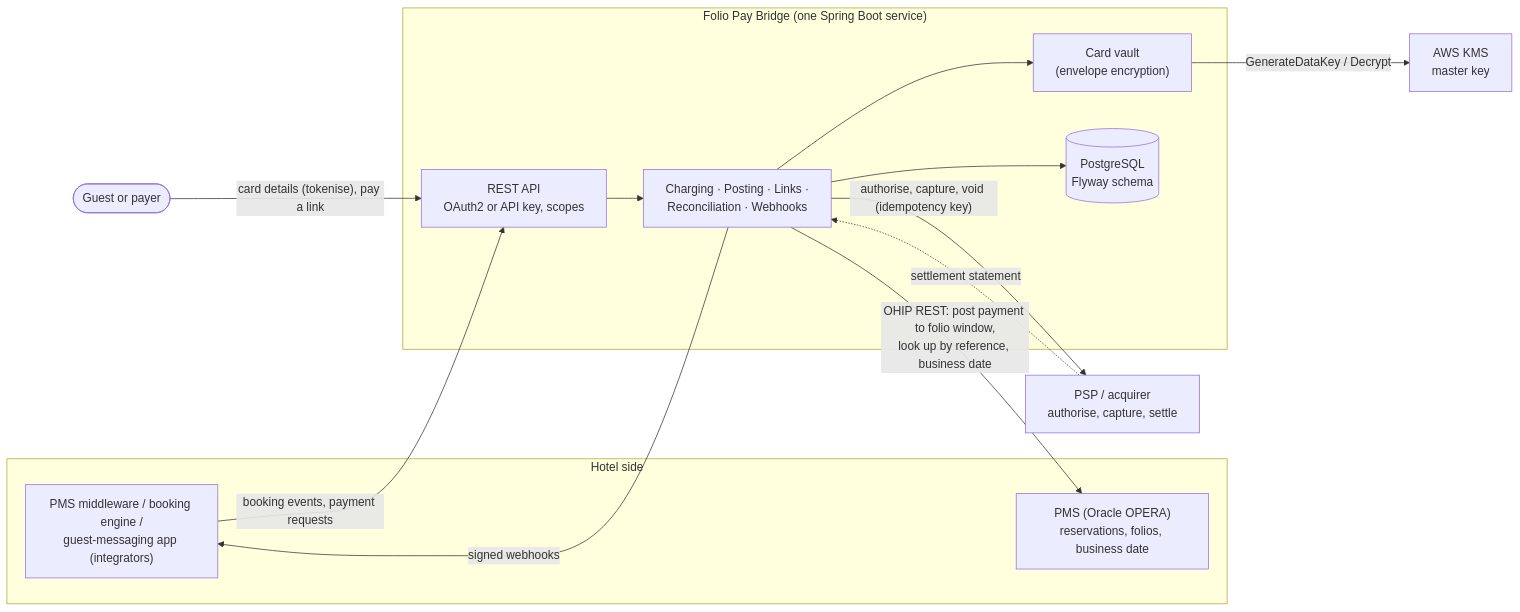
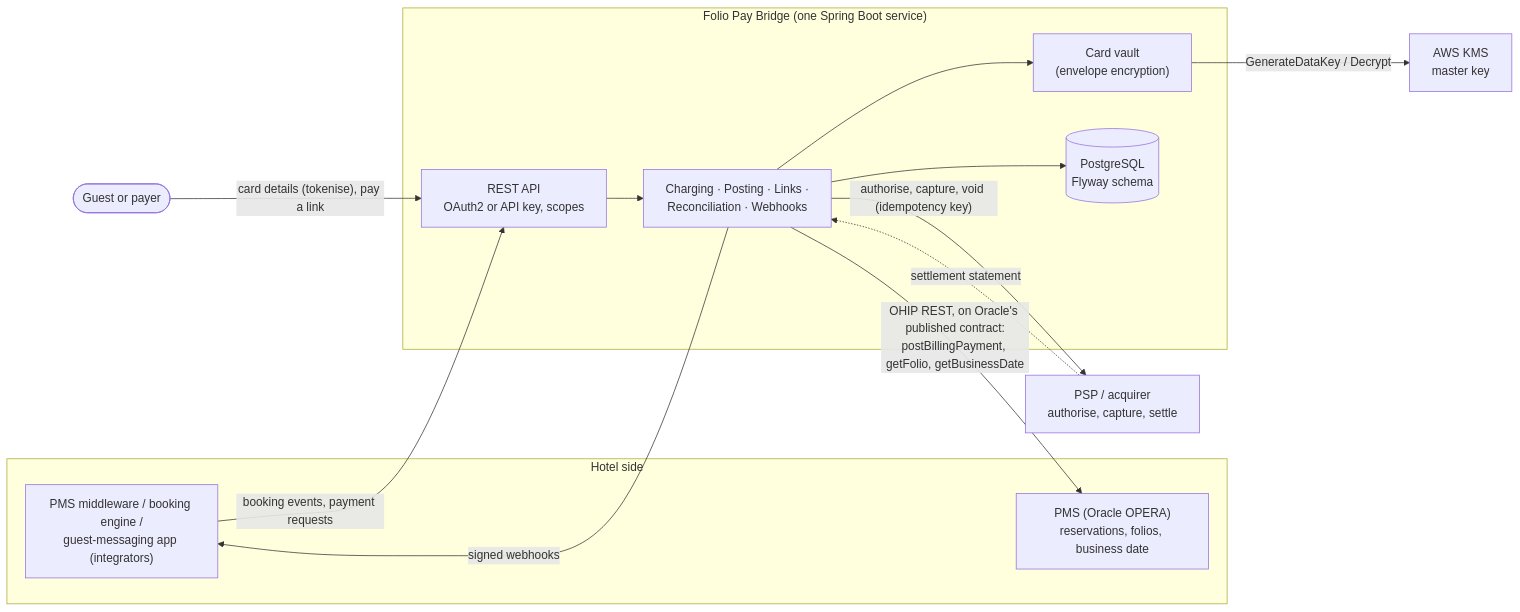
One commit to hhovhann/folio-pay-bridge changed the first of 2 diagrams in docs/architecture.md. Above: the diagram before and after it, drawn with Mermaid. The commit also changed other lines of this file and 47 other files, not shown here.

````diff
--- a/docs/architecture.md
+++ b/docs/architecture.md
@@ -9,26 +9,26 @@
 ```mermaid
 flowchart LR
   subgraph Hotel side
     PMS["PMS (Oracle OPERA)<br/>reservations, folios, business date"]
     MW["PMS middleware / booking engine /<br/>guest-messaging app (integrators)"]
   end
   Guest(["Guest or payer"])
   subgraph Bridge["Folio Pay Bridge (one Spring Boot service)"]
     API["REST API<br/>OAuth2 or API key, scopes"]
     Core["Charging · Posting · Links ·<br/>Reconciliation · Webhooks"]
     Vault["Card vault<br/>(envelope encryption)"]
     DB[("PostgreSQL<br/>Flyway schema")]
   end
   KMS["AWS KMS<br/>master key"]
   PSP["PSP / acquirer<br/>authorise, capture, settle"]
   MW -- "booking events, payment requests" --> API
   Guest -- "card details (tokenise), pay a link" --> API
   API --> Core
   Core --> Vault
   Vault -- "GenerateDataKey / Decrypt" --> KMS
   Core --> DB
   Core -- "authorise, capture, void (idempotency key)" --> PSP
-  Core -- "OHIP REST: post payment to folio window,<br/>look up by reference, business date" --> PMS
+  Core -- "OHIP REST, on Oracle's published contract:<br/>postBillingPayment, getFolio, getBusinessDate" --> PMS
   Core -- "signed webhooks" --> MW
   PSP -. "settlement statement" .-> Core
 ```
````
